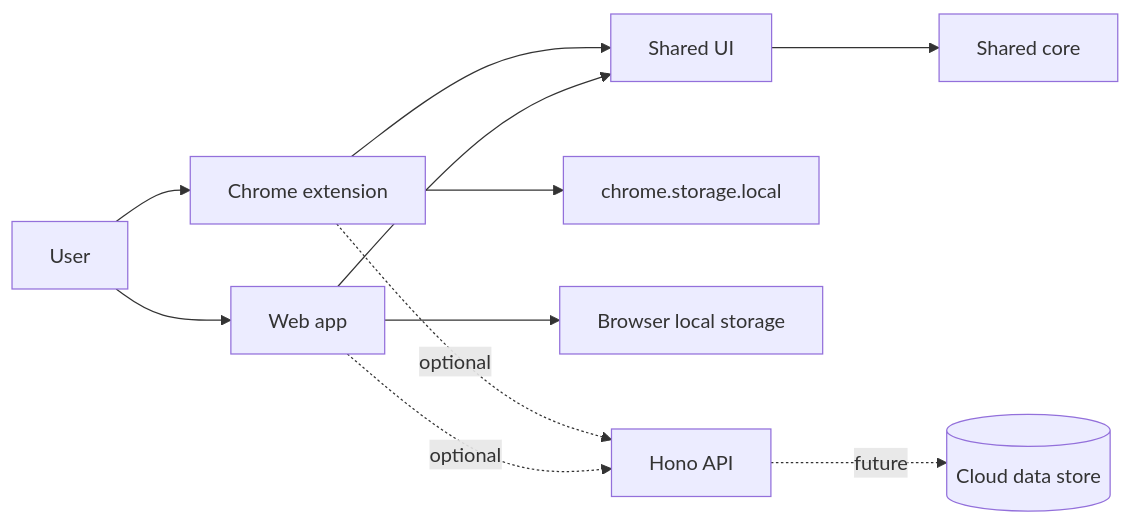
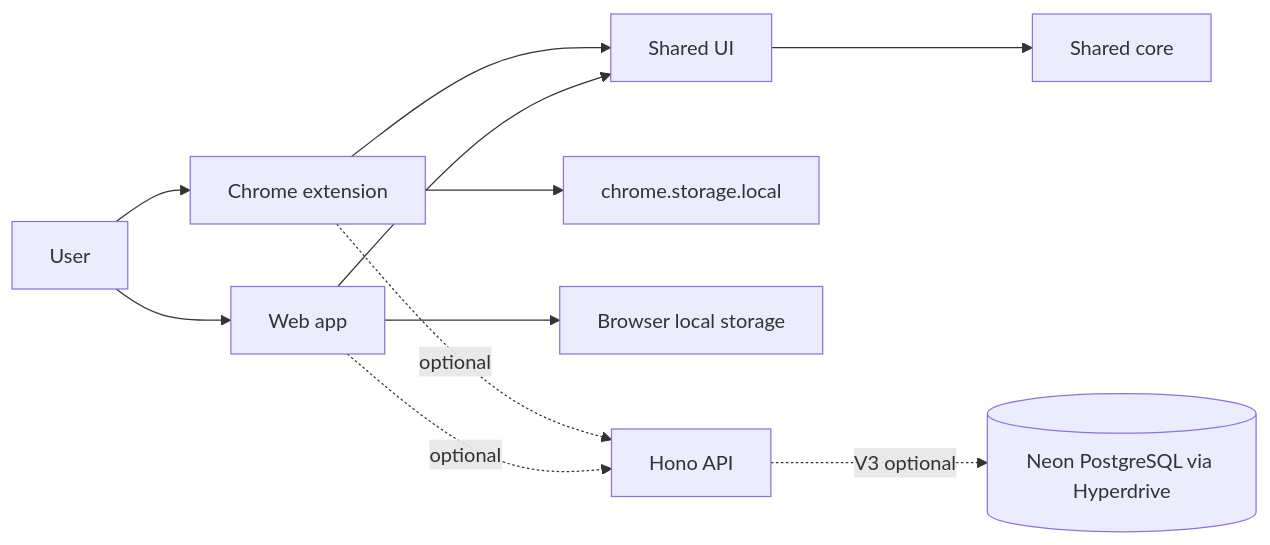
The diagram in docs/architecture/ARCHITECTURE.md (Rorfost/navode), drawn with Mermaid before and after one commit. The commit also changed other lines of this file and 29 other files, not shown here.

Commit message:
feat(api): add V3 PostgreSQL foundation

````diff
--- a/docs/architecture/ARCHITECTURE.md
+++ b/docs/architecture/ARCHITECTURE.md
@@ -5,13 +5,13 @@
 ```mermaid
 flowchart LR
   U[User] --> E[Chrome extension]
   U --> W[Web app]
   E --> UI[Shared UI]
   W --> UI
   UI --> C[Shared core]
   E --> S[chrome.storage.local]
   W --> L[Browser local storage]
   E -. optional .-> A[Hono API]
   W -. optional .-> A
-  A -. future .-> D[(Cloud data store)]
+  A -. V3 optional .-> D[(Neon PostgreSQL via Hyperdrive)]
 ```
````
